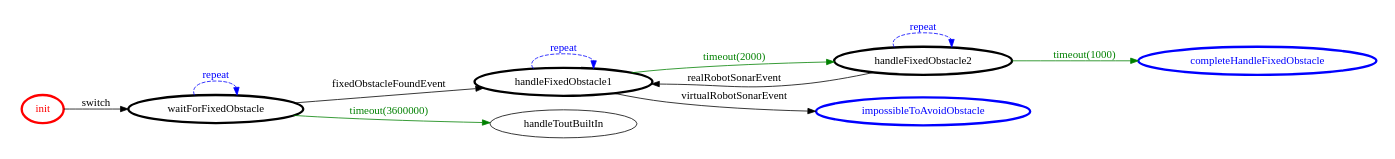
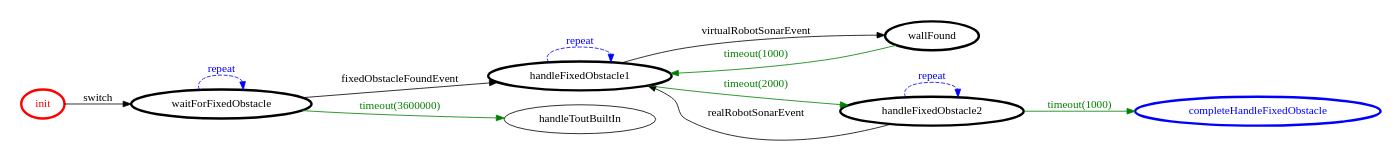
One commit to FraGio/iss2018 changed the diagram in it.unibo.projectRobot/srcMore/it/unibo/fixedobstaclemanager/fixedobstaclemanager.gv. Above: the diagram before and after it, drawn with Graphviz. The commit also changed 9 other files, not shown here.

```diff
--- a/it.unibo.projectRobot/srcMore/it/unibo/fixedobstaclemanager/fixedobstaclemanager.gv
+++ b/it.unibo.projectRobot/srcMore/it/unibo/fixedobstaclemanager/fixedobstaclemanager.gv
@@ -1,29 +1,30 @@
 /*
 *
 * A GraphViz DOT FSM description 
 * Please use a GraphViz visualizer (like http://www.webgraphviz.com)
 *  
 */
 
 digraph finite_state_machine {
 	rankdir=LR
 	size="8,5"
 	
 	init [ color = red ][ fontcolor = red ][ penwidth = 3 ]
+	wallFound [ color = black ][ fontcolor = black ][ penwidth = 3 ]
 	waitForFixedObstacle [ color = black ][ fontcolor = black ][ penwidth = 3 ]
 	handleFixedObstacle2 [ color = black ][ fontcolor = black ][ penwidth = 3 ]
 	handleFixedObstacle1 [ color = black ][ fontcolor = black ][ penwidth = 3 ]
-	impossibleToAvoidObstacle [ color = blue ][ fontcolor = blue ][ penwidth = 3 ]
 	completeHandleFixedObstacle [ color = blue ][ fontcolor = blue ][ penwidth = 3 ]
 	
 	handleFixedObstacle1 -> handleFixedObstacle2 [ label = "timeout(2000)" ][ color = green ][ fontcolor = green ]
-	handleFixedObstacle1 -> impossibleToAvoidObstacle [ label = "virtualRobotSonarEvent" ][ color = black ][ fontcolor = black ]
+	wallFound -> handleFixedObstacle1 [ label = "timeout(1000)" ][ color = green ][ fontcolor = green ]
+	handleFixedObstacle1 -> wallFound [ label = "virtualRobotSonarEvent" ][ color = black ][ fontcolor = black ]
 	handleFixedObstacle2 -> handleFixedObstacle1 [ label = "realRobotSonarEvent" ][ color = black ][ fontcolor = black ]
 	handleFixedObstacle1 -> handleFixedObstacle1 [ label = "repeat "][ style = dashed ][ color = blue ][ fontcolor = blue ]
 	waitForFixedObstacle -> handleFixedObstacle1 [ label = "fixedObstacleFoundEvent" ][ color = black ][ fontcolor = black ]
 	waitForFixedObstacle -> handleToutBuiltIn [ label = "timeout(3600000)" ][ color = green ][ fontcolor = green ]
 	waitForFixedObstacle -> waitForFixedObstacle [ label = "repeat "][ style = dashed ][ color = blue ][ fontcolor = blue ]
 	handleFixedObstacle2 -> completeHandleFixedObstacle [ label = "timeout(1000)" ][ color = green ][ fontcolor = green ]
 	init -> waitForFixedObstacle [ label = "switch" ][ color = black ][ fontcolor = black ]
 	handleFixedObstacle2 -> handleFixedObstacle2 [ label = "repeat "][ style = dashed ][ color = blue ][ fontcolor = blue ]
 }
```
